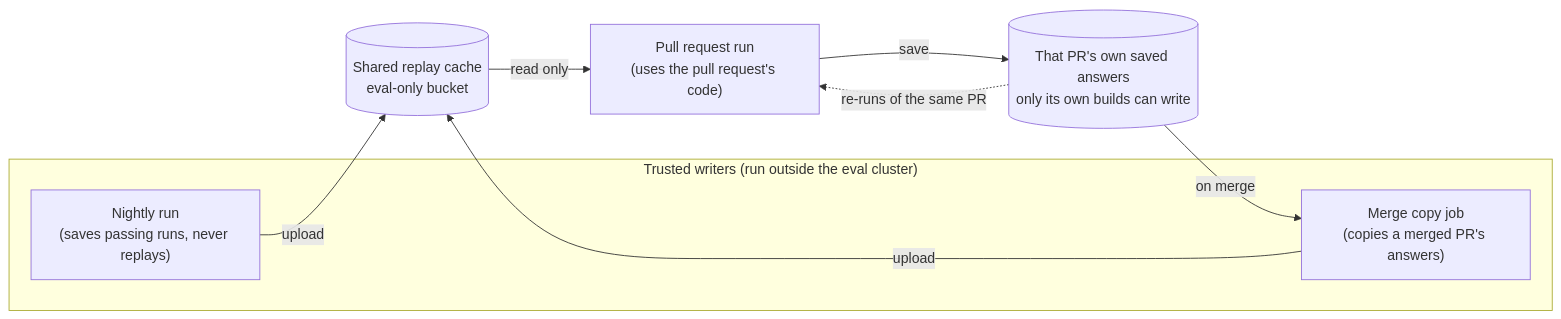
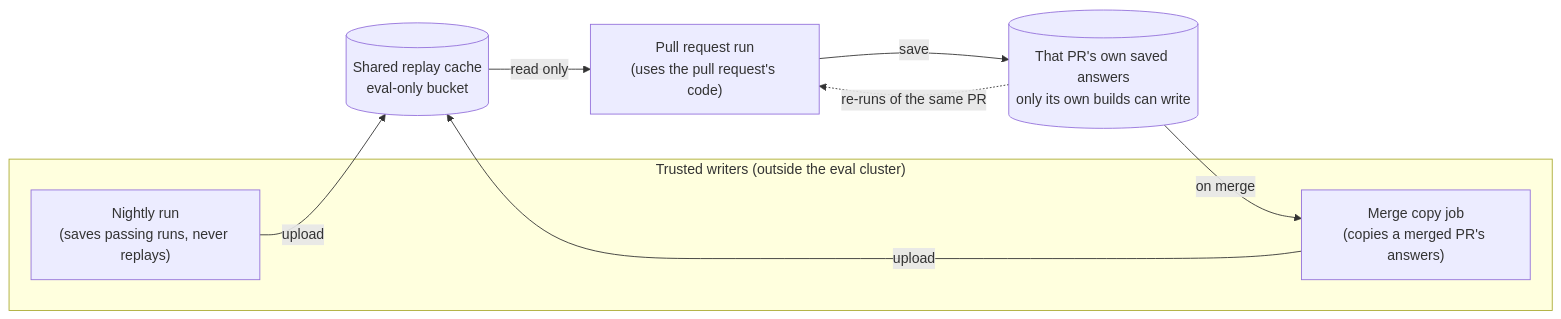
One commit to gke-labs/kube-agents changed the fifth of 5 diagrams in examples/inference-replay/eval-design.md. Above: the diagram before and after it, drawn with Mermaid. The commit also changed other lines of this file, not shown here.

````diff
--- a/examples/inference-replay/eval-design.md
+++ b/examples/inference-replay/eval-design.md
@@ -295,16 +297,16 @@
 ```mermaid
 flowchart LR
-    subgraph trusted["Trusted writers (run outside the eval cluster)"]
+    subgraph trusted["Trusted writers (outside the eval cluster)"]
         nightly["Nightly run<br/>(saves passing runs, never replays)"]
         copy["Merge copy job<br/>(copies a merged PR's answers)"]
     end
     pre["Pull request run<br/>(uses the pull request's code)"]
     own[("That PR's own saved answers<br/>only its own builds can write")]
     cache[("Shared replay cache<br/>eval-only bucket")]
     nightly -- "upload" --> cache
     pre -- "save" --> own
     own -- "on merge" --> copy
     copy -- "upload" --> cache
     cache -- "read only" --> pre
     own -. "re-runs of the same PR" .-> pre
 ```
````
